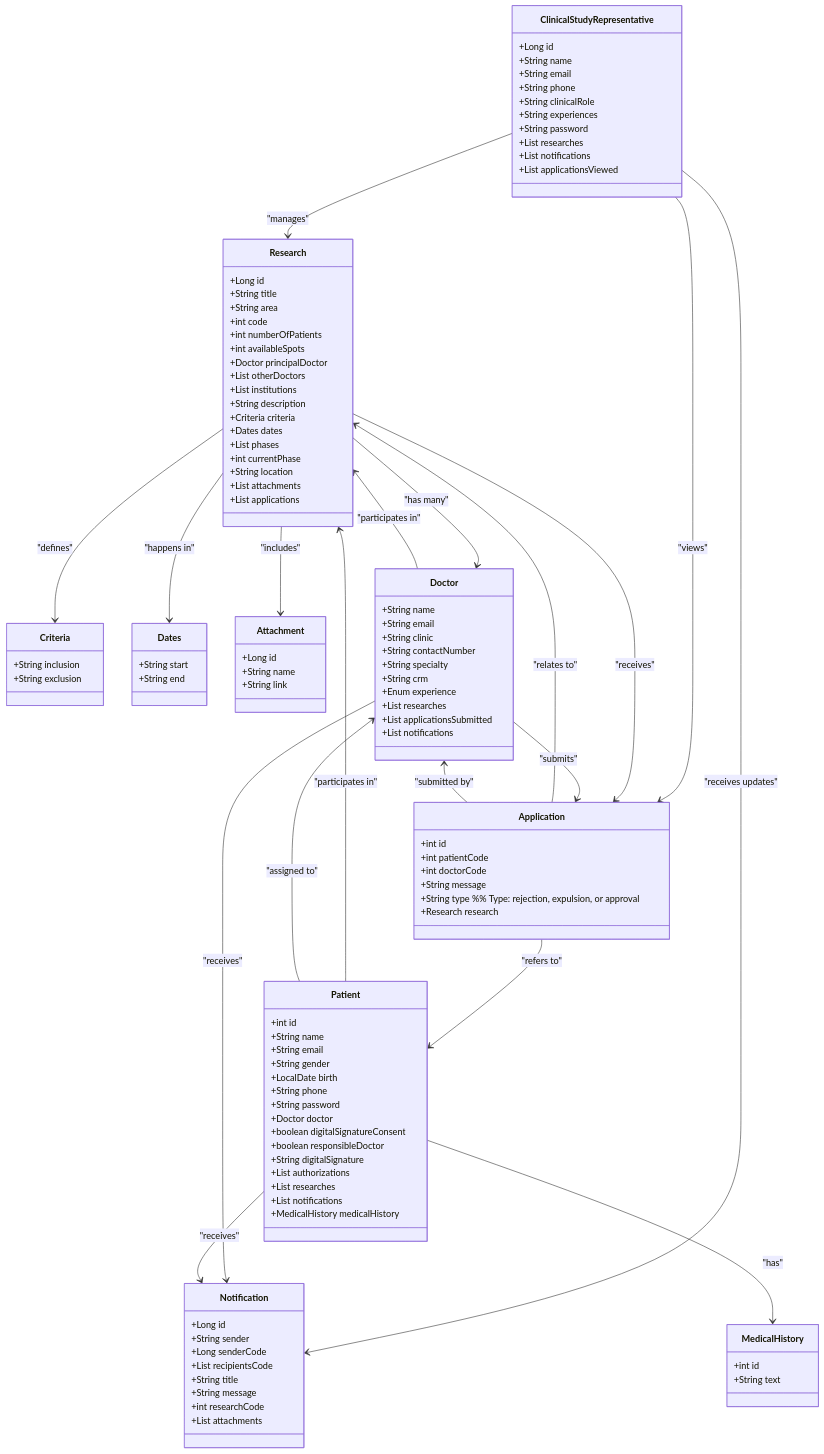
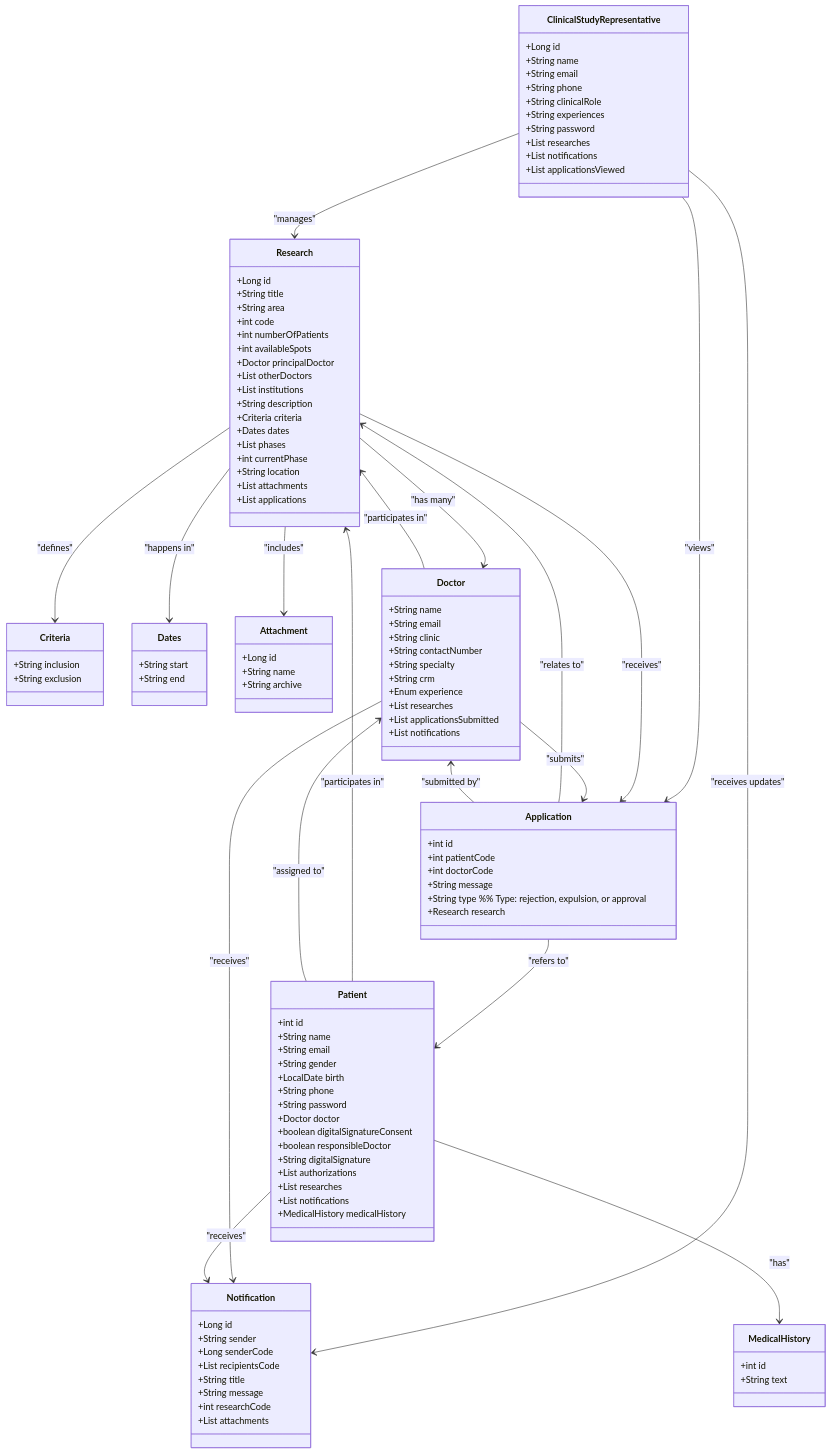
Before and after one commit to andrefilipe1310/inovamed-: the third of 5 diagrams in README.md, drawn with Mermaid.

```diff
--- a/README.md
+++ b/README.md
@@ -146,7 +146,7 @@
     class Attachment {
         +Long id
         +String name
-        +String link
+        +String archive
     }
 
     class Patient {
```
